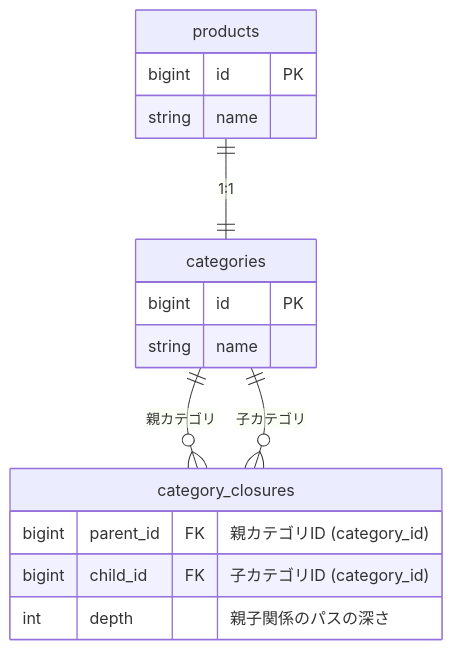
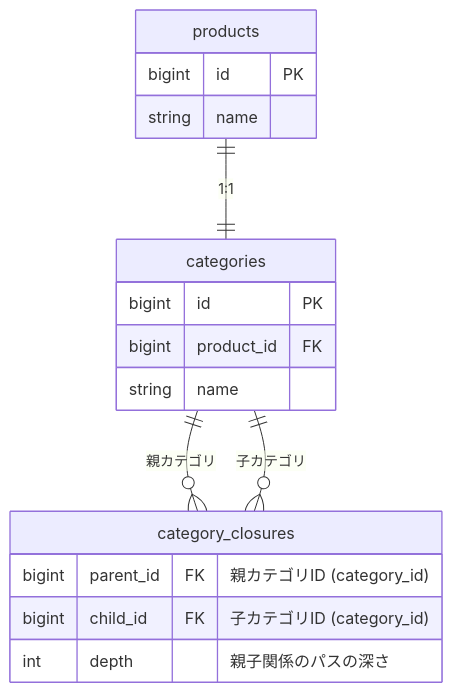
Before and after one commit to kuroweb/price-monitoring: the second of 11 diagrams in README.md, drawn with Mermaid.

````diff
--- a/README.md
+++ b/README.md
@@ -68,20 +68,21 @@
 ```mermaid
 erDiagram
   products {
     bigint id PK
     string name
   }
   categories {
     bigint id PK
+    bigint product_id FK
     string name
   }
   category_closures {
     bigint parent_id FK "親カテゴリID (category_id)"
     bigint child_id FK "子カテゴリID (category_id)"
     int depth "親子関係のパスの深さ"
   }
 
   products ||--|| categories : "1:1"
   categories ||--o{ category_closures : "親カテゴリ"
   categories ||--o{ category_closures : "子カテゴリ"
 ```
````
